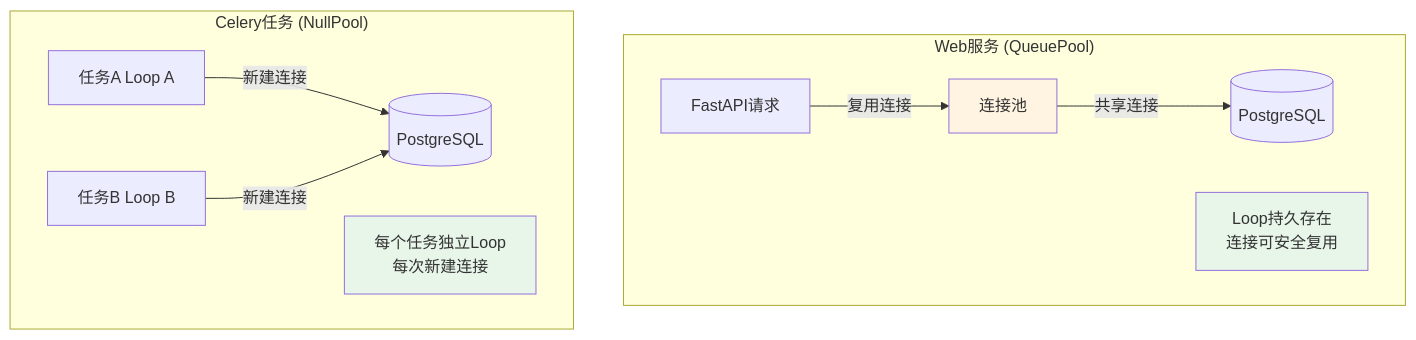
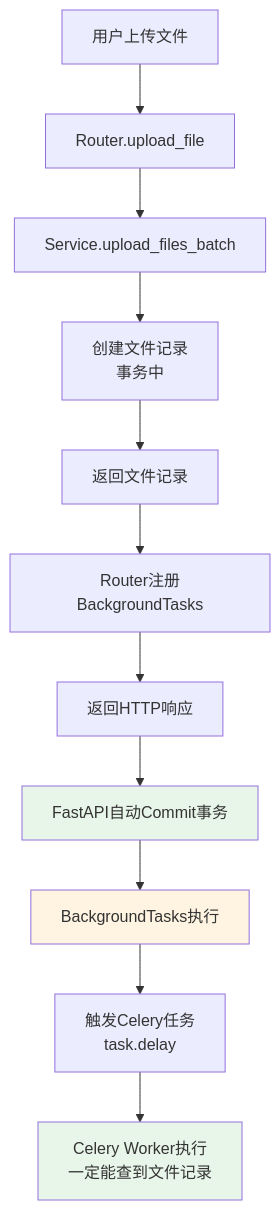
Before and after one commit to helloAhao096/helloahao096.github.io: the sixth of 7 diagrams in docs/posts/Celery 异步任务队列完整指南.md, drawn with Mermaid. The commit also changed other lines of this file, not shown here.

First line of the commit message:
docs(posts): 更新 Celery 文档，增强 Worker 生命周期与资源管理部分

````diff
--- a/docs/posts/Celery 异步任务队列完整指南.md
+++ b/docs/posts/Celery 异步任务队列完整指南.md
@@ -560,18 +668,17 @@
 ```mermaid
 graph TB
-    subgraph "Web服务 (QueuePool)"
-        A1[FastAPI请求] -->|复用连接| B1[连接池]
-        B1 -->|共享连接| C1[(PostgreSQL)]
-        Note1[Loop持久存在<br/>连接可安全复用]
-    end
+    A[用户上传文件] --> B[Router.upload_file]
+    B --> C[Service.upload_files_batch]
+    C --> D[创建文件记录<br/>事务中]
+    D --> E[返回文件记录]
+    E --> F[Router注册BackgroundTasks]
+    F --> G[返回HTTP响应]
+    G --> H[FastAPI自动Commit事务]
+    H --> I[BackgroundTasks执行]
+    I --> J[触发Celery任务<br/>task.delay]
+    J --> K[Celery Worker执行<br/>一定能查到文件记录]
     
-    subgraph "Celery任务 (NullPool)"
-        A2[任务A Loop A] -->|新建连接| C2[(PostgreSQL)]
-        A3[任务B Loop B] -->|新建连接| C2
-        Note2[每个任务独立Loop<br/>每次新建连接]
-    end
-    
-    style B1 fill:#fff4e1
-    style Note1 fill:#e8f5e9
-    style Note2 fill:#e8f5e9
+    style H fill:#e8f5e9
+    style I fill:#fff4e1
+    style K fill:#e8f5e9
 ```
````
